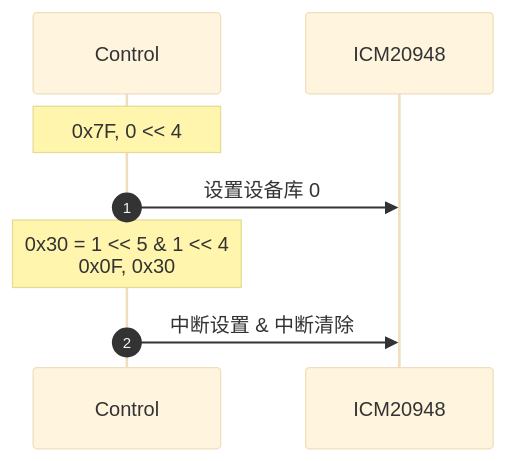
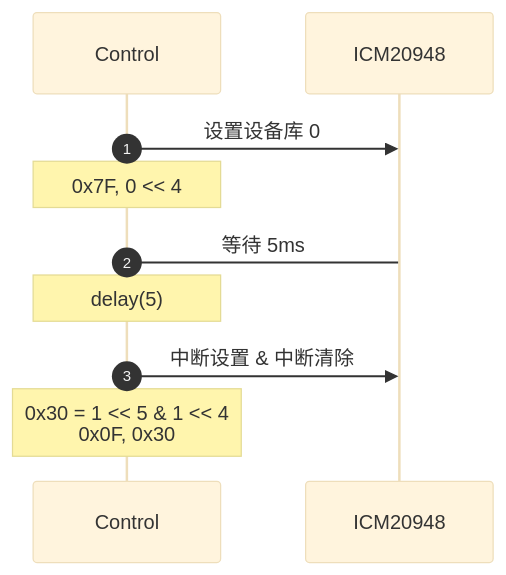
One commit to hkdickyko/hkdickyko.github.io changed the third of 7 diagrams in _posts/2025-04-06-mdchart.md. Above: the diagram before and after it, drawn with Mermaid (base theme). The commit also changed other lines of this file, not shown here.

```diff
--- a/_posts/2025-04-06-mdchart.md
+++ b/_posts/2025-04-06-mdchart.md
@@ -216,10 +221,13 @@
 <div class="mermaid">
 sequenceDiagram;
    autonumber;
    participant C as Control;
    participant I as ICM20948;
+   C->>I: 设置设备库 0;   
    note over C: 0x7F, 0 << 4;
-   C->>I: 设置设备库 0;
+   C->I: 等待 5ms;
+   note over C: delay(5);   
+   C->>I: 中断设置 & 中断清除;
    note over C: 0x30 = 1 << 5 & 1 << 4<br>0x0F, 0x30;
-   C->>I: 中断设置 & 中断清除;
+   
 </div>   
```
